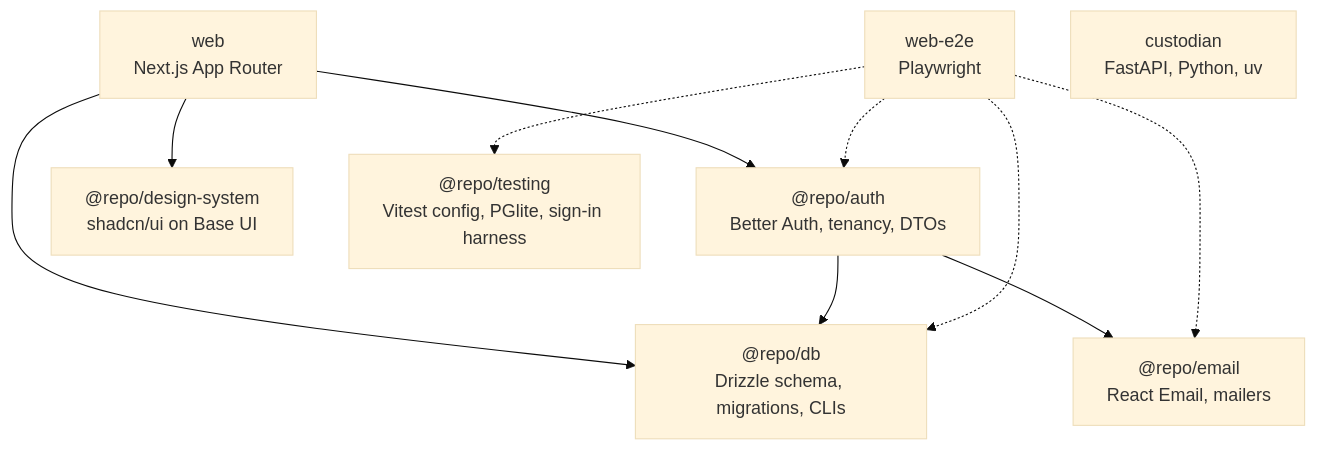
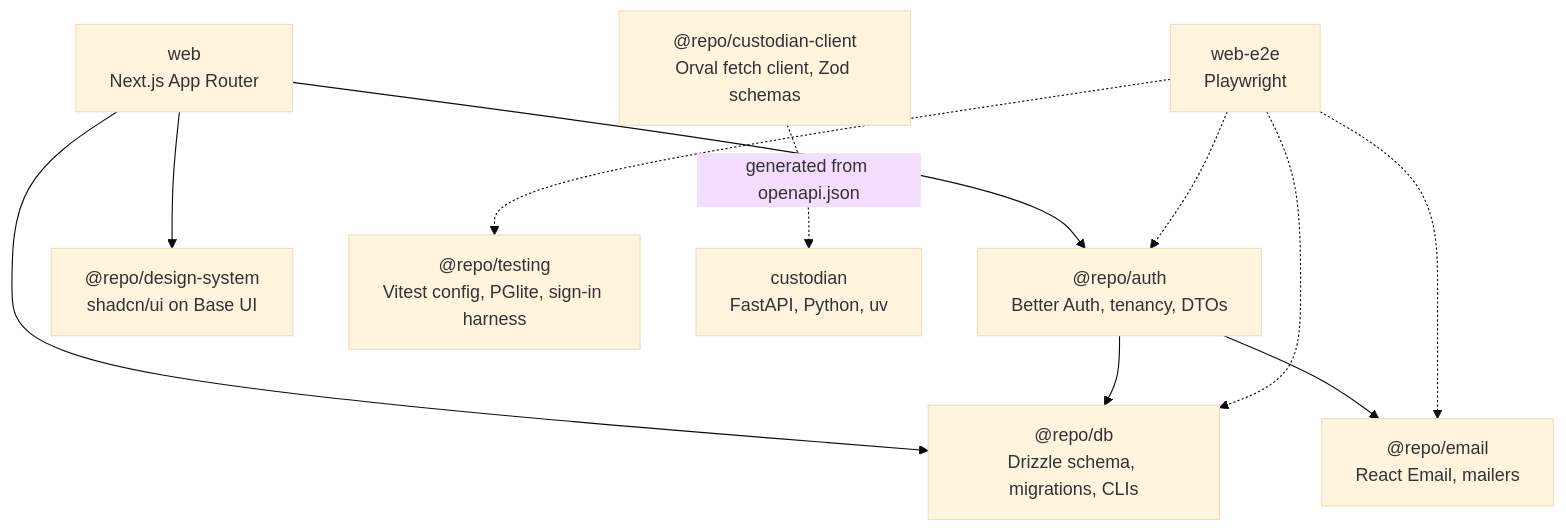
The diagram in docs/diagrams/packages.mmd (m0t0r/cognitive-wealth), drawn with Mermaid (base theme) before and after one commit. The commit also changed 20 other files, not shown here.

First line of the commit message:
feat(custodian-client): generate the fetch client and Zod schemas with Orval

```diff
--- a/docs/diagrams/packages.mmd
+++ b/docs/diagrams/packages.mmd
@@ -1,20 +1,23 @@
 flowchart TB
   web["web<br/>Next.js App Router"]
   e2e["web-e2e<br/>Playwright"]
   auth["@repo/auth<br/>Better Auth, tenancy, DTOs"]
   ds["@repo/design-system<br/>shadcn/ui on Base UI"]
   db["@repo/db<br/>Drizzle schema, migrations, CLIs"]
   email["@repo/email<br/>React Email, mailers"]
   testing["@repo/testing<br/>Vitest config, PGlite, sign-in harness"]
   custodian["custodian<br/>FastAPI, Python, uv"]
+  client["@repo/custodian-client<br/>Orval fetch client, Zod schemas"]
 
   web --> auth
   web --> ds
   web --> db
   auth --> db
   auth --> email
 
   e2e -.-> auth
   e2e -.-> db
   e2e -.-> email
   e2e -.-> testing
+
+  client -.->|"generated from openapi.json"| custodian
```
